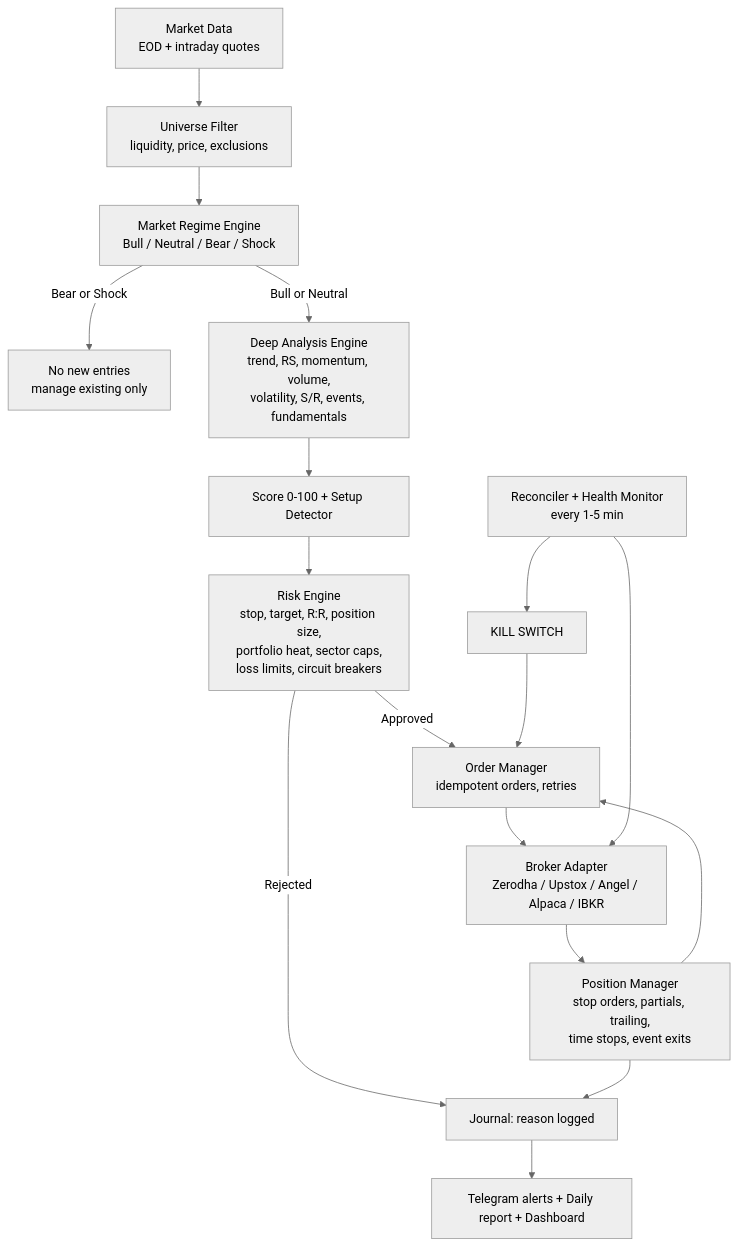
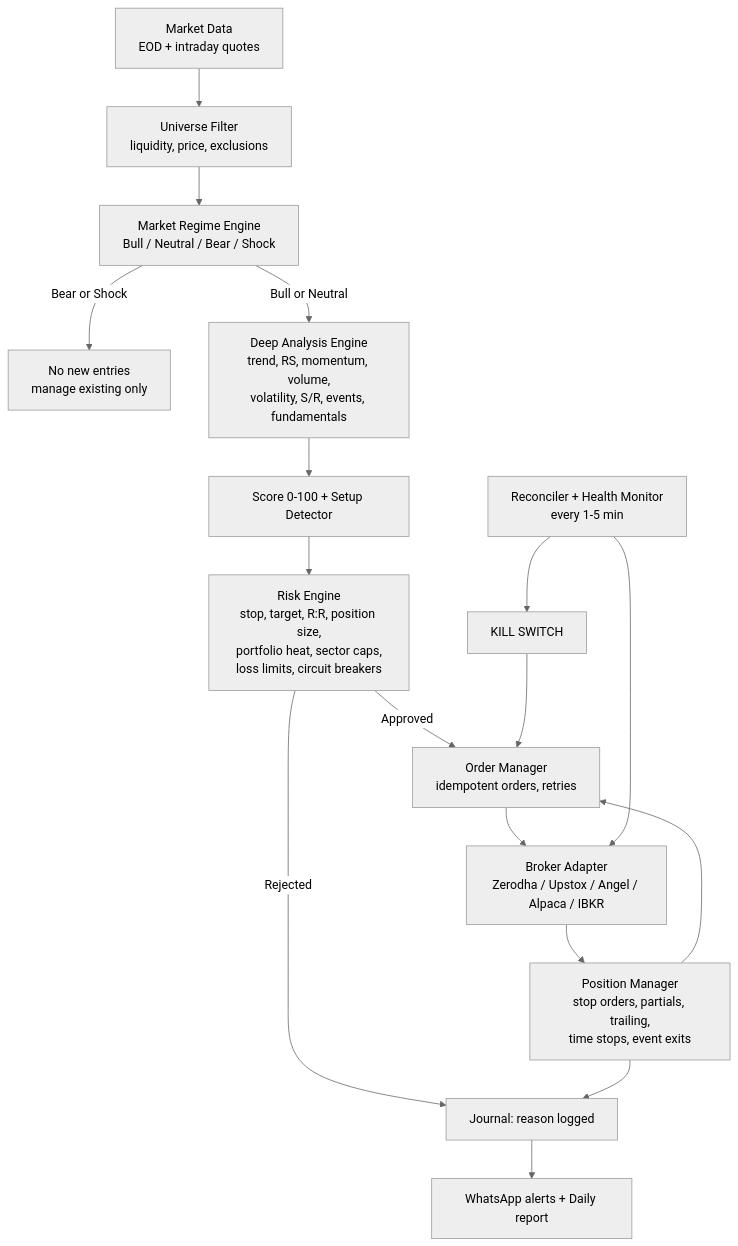
Before and after one commit to yogeshbahiram29-code/New-Projects-: the diagram in docs/SWING_TRADING_BOT_PLAN.md, drawn with Mermaid (neutral theme). The commit also changed other lines of this file and 38 other files, not shown here.

````diff
--- a/docs/SWING_TRADING_BOT_PLAN.md
+++ b/docs/SWING_TRADING_BOT_PLAN.md
@@ -73,19 +73,19 @@
 ```mermaid
 flowchart TD
     A[Market Data<br/>EOD + intraday quotes] --> B[Universe Filter<br/>liquidity, price, exclusions]
     B --> C[Market Regime Engine<br/>Bull / Neutral / Bear / Shock]
     C -->|Bear or Shock| X[No new entries<br/>manage existing only]
     C -->|Bull or Neutral| D[Deep Analysis Engine<br/>trend, RS, momentum, volume,<br/>volatility, S/R, events, fundamentals]
     D --> E[Score 0-100 + Setup Detector]
     E --> F[Risk Engine<br/>stop, target, R:R, position size,<br/>portfolio heat, sector caps,<br/>loss limits, circuit breakers]
     F -->|Rejected| J[Journal: reason logged]
     F -->|Approved| G[Order Manager<br/>idempotent orders, retries]
     G --> H[Broker Adapter<br/>Zerodha / Upstox / Angel / Alpaca / IBKR]
     H --> I[Position Manager<br/>stop orders, partials, trailing,<br/>time stops, event exits]
     I --> G
     I --> J
-    J --> K[Telegram alerts + Daily report + Dashboard]
+    J --> K[WhatsApp alerts + Daily report]
     L[Reconciler + Health Monitor<br/>every 1-5 min] --> H
     L --> M[KILL SWITCH]
     M --> G
 ```
````
